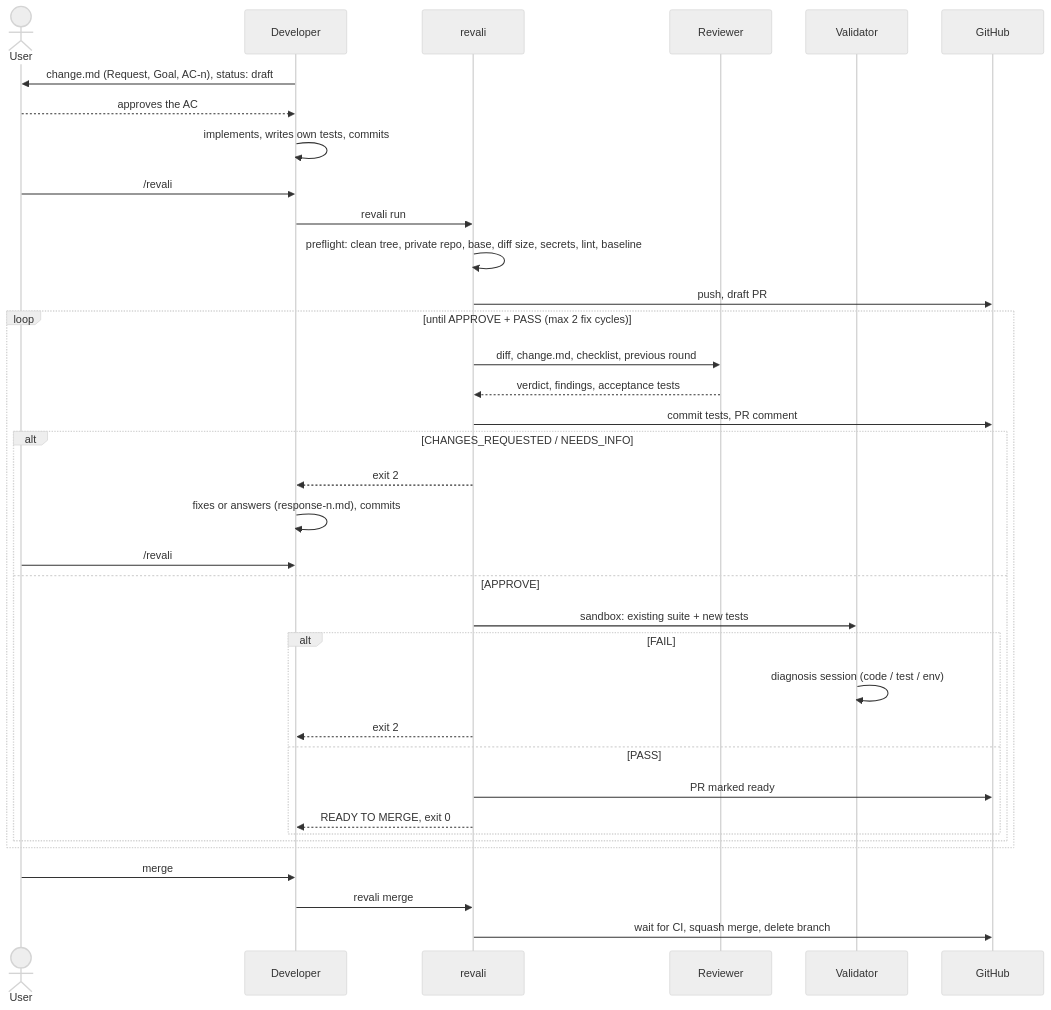
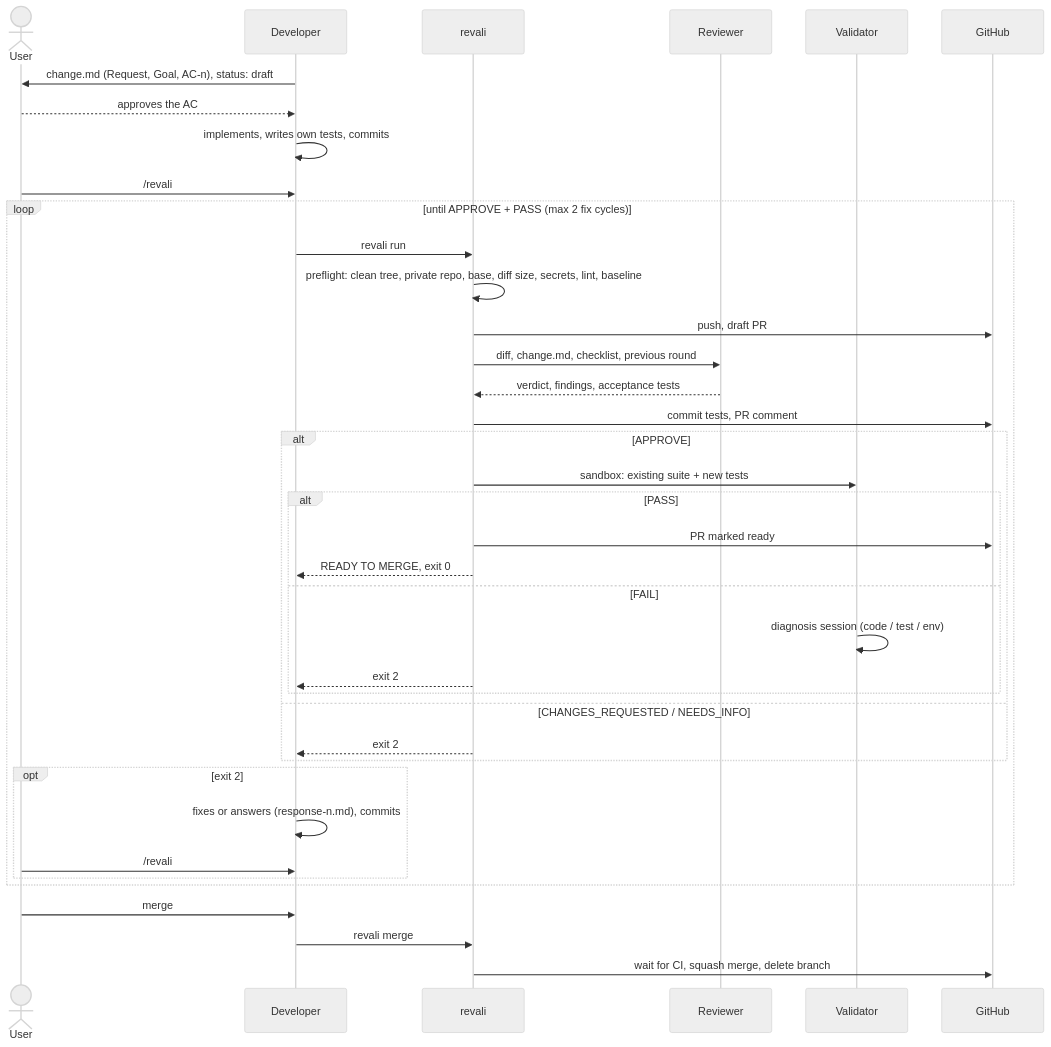
The diagram in README.md (ianmhuang/revali), drawn with Mermaid (neutral theme) before and after one commit.

Commit message:
README: fix cycle follows both exit-2 paths; preflight and push inside the loop
Claude-Session: https://claude.ai/code/session_017Mn4YsQF569f7TDXQx2atW

````diff
--- a/README.md
+++ b/README.md
@@ -16,39 +16,41 @@
 ```mermaid
 sequenceDiagram
     actor U as User
     participant D as Developer
     participant R as revali
     participant B as Reviewer
     participant V as Validator
     participant G as GitHub
 
     D->>U: change.md (Request, Goal, AC-n), status: draft
     U-->>D: approves the AC
     D->>D: implements, writes own tests, commits
     U->>D: /revali
-    D->>R: revali run
-    R->>R: preflight: clean tree, private repo, base, diff size, secrets, lint, baseline
-    R->>G: push, draft PR
     loop until APPROVE + PASS (max 2 fix cycles)
+        D->>R: revali run
+        R->>R: preflight: clean tree, private repo, base, diff size, secrets, lint, baseline
+        R->>G: push, draft PR
         R->>B: diff, change.md, checklist, previous round
         B-->>R: verdict, findings, acceptance tests
         R->>G: commit tests, PR comment
-        alt CHANGES_REQUESTED / NEEDS_INFO
+        alt APPROVE
+            R->>V: sandbox: existing suite + new tests
+            alt PASS
+                R->>G: PR marked ready
+                R-->>D: READY TO MERGE, exit 0
+            else FAIL
+                V->>V: diagnosis session (code / test / env)
+                R-->>D: exit 2
+            end
+        else CHANGES_REQUESTED / NEEDS_INFO
             R-->>D: exit 2
+        end
+        opt exit 2
             D->>D: fixes or answers (response-n.md), commits
             U->>D: /revali
-        else APPROVE
-            R->>V: sandbox: existing suite + new tests
-            alt FAIL
-                V->>V: diagnosis session (code / test / env)
-                R-->>D: exit 2
-            else PASS
-                R->>G: PR marked ready
-                R-->>D: READY TO MERGE, exit 0
-            end
         end
     end
     U->>D: merge
     D->>R: revali merge
     R->>G: wait for CI, squash merge, delete branch
 ```
````
